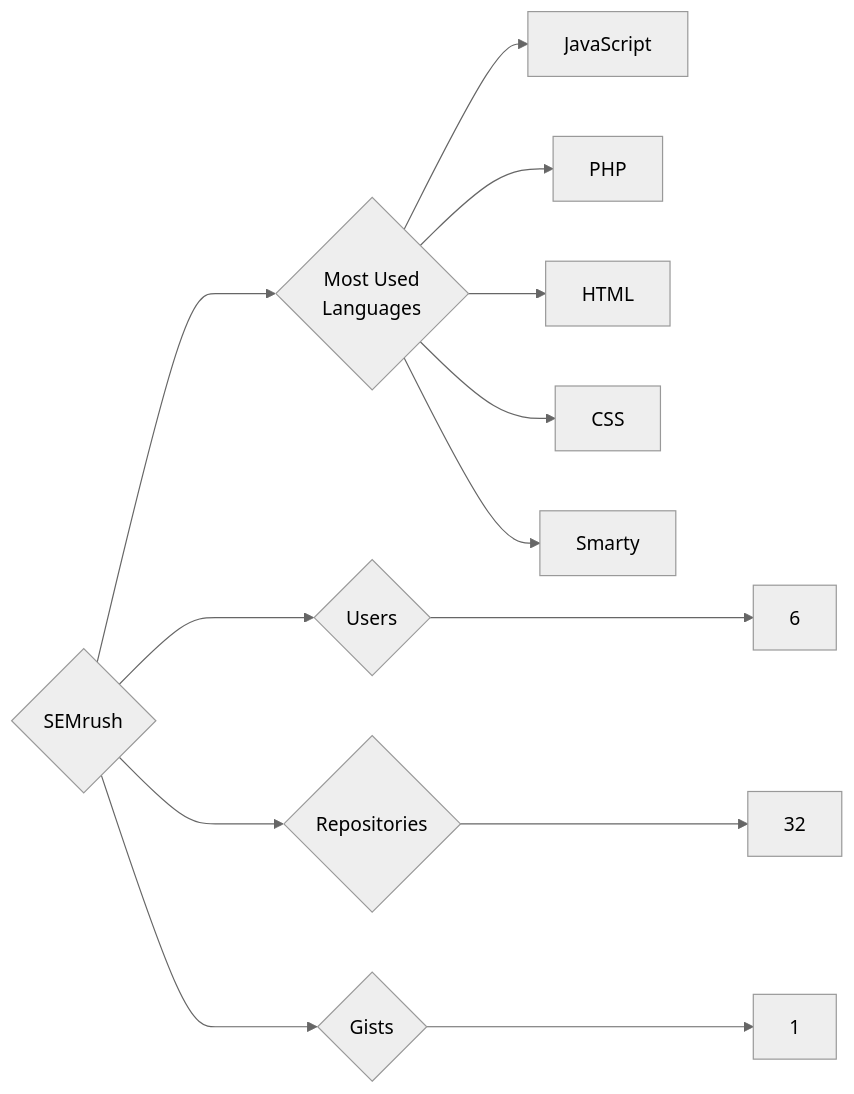
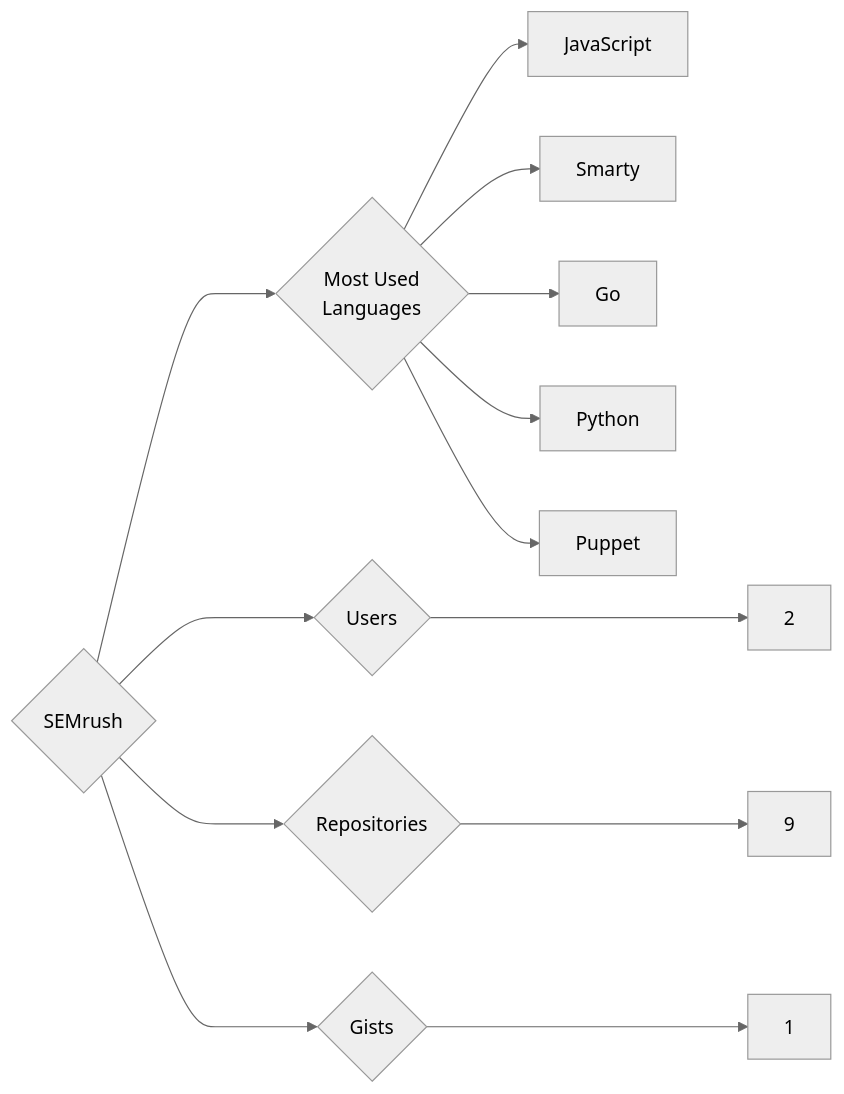
The diagram in targets/SEMrush/README.md (trickest/insiders), drawn with Mermaid (neutral theme) before and after one commit. The commit also changed 815 other files, not shown here.

````diff
--- a/targets/SEMrush/README.md
+++ b/targets/SEMrush/README.md
@@ -3,13 +3,13 @@
 ```mermaid
 graph LR
 COMPANY_NAME{SEMrush}
-COMPANY_NAME ---> U{Users} ---> UN[6]
-COMPANY_NAME ---> R{Repositories} ---> RN[32]
+COMPANY_NAME ---> U{Users} ---> UN[2]
+COMPANY_NAME ---> R{Repositories} ---> RN[9]
 COMPANY_NAME ---> G{Gists} ---> GN[1]
 COMPANY_NAME ---> ML{Most Used<br>Languages}
 ML --> JavaScript[JavaScript]
-ML --> PHP[PHP]
-ML --> HTML[HTML]
-ML --> CSS[CSS]
 ML --> Smarty[Smarty]
+ML --> Go[Go]
+ML --> Python[Python]
+ML --> Puppet[Puppet]
 ```
````
